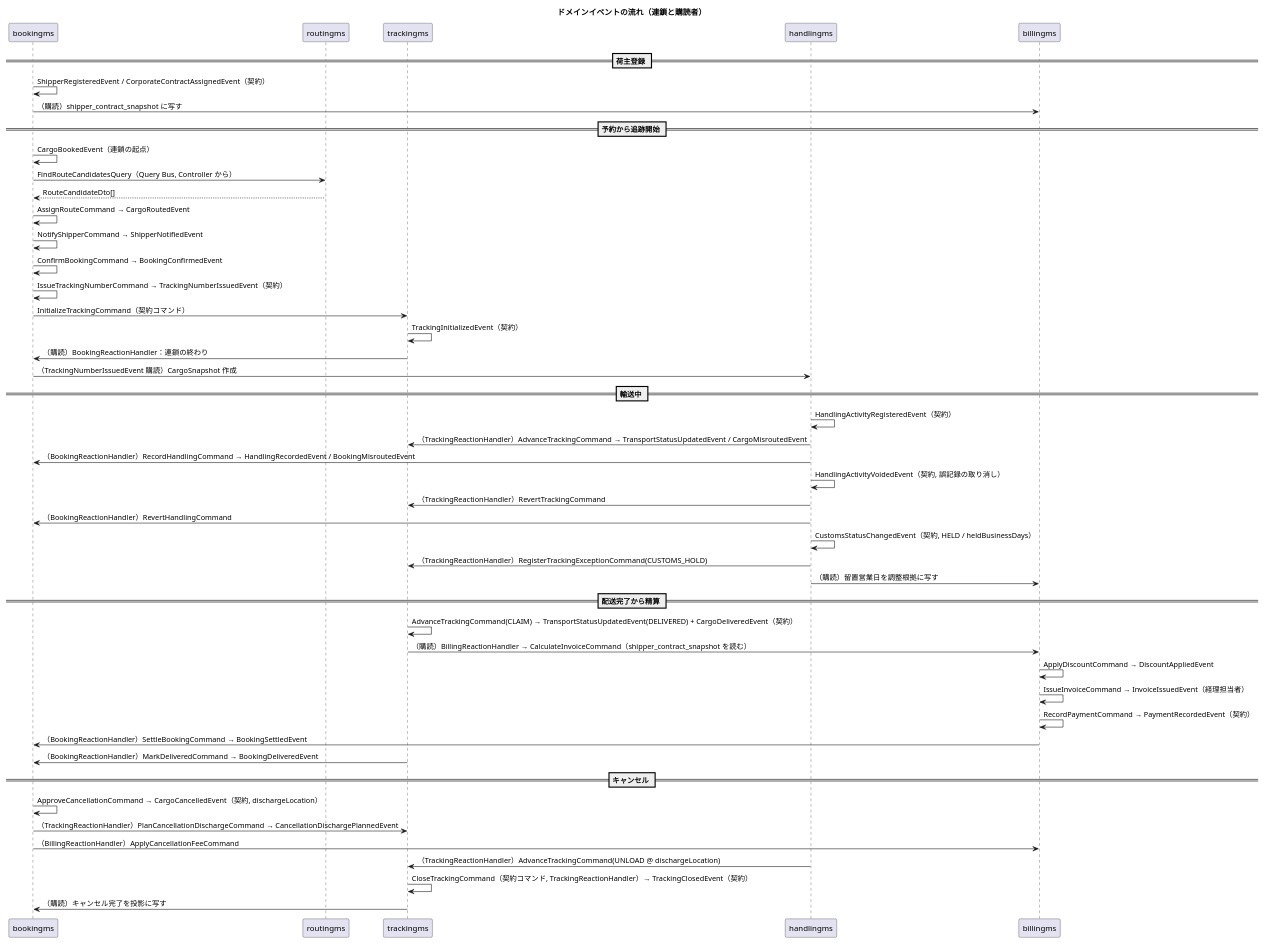
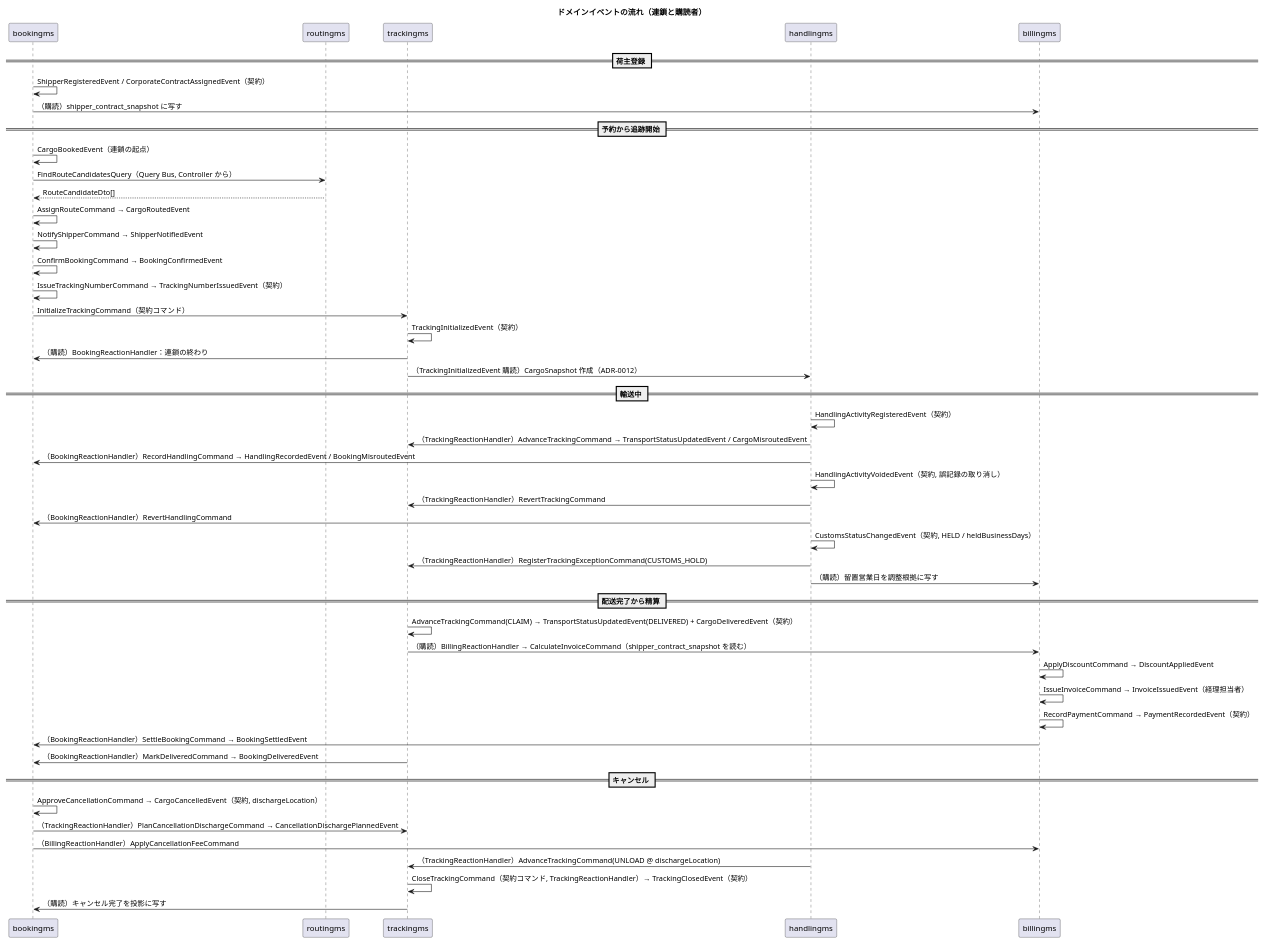
Diagram 12 of 13 in docs/design/cargo-tracker/domain-model.md (k2works/case-study-cargo-tracker), drawn with PlantUML before and after one commit. The commit also changed other lines of this file and 7 other files, not shown here.

````diff
--- a/docs/design/cargo-tracker/domain-model.md
+++ b/docs/design/cargo-tracker/domain-model.md
@@ -1256,56 +1256,56 @@
 ```plantuml
 @startuml
 title ドメインイベントの流れ（連鎖と購読者）
 
 participant "bookingms" as B
 participant "routingms" as R
 participant "trackingms" as T
 participant "handlingms" as H
 participant "billingms" as Bi
 
 == 荷主登録 ==
 B -> B : ShipperRegisteredEvent / CorporateContractAssignedEvent（契約）
 B -> Bi : （購読）shipper_contract_snapshot に写す
 
 == 予約から追跡開始 ==
 B -> B : CargoBookedEvent（連鎖の起点）
 B -> R : FindRouteCandidatesQuery（Query Bus, Controller から）
 R --> B : RouteCandidateDto[]
 B -> B : AssignRouteCommand → CargoRoutedEvent
 B -> B : NotifyShipperCommand → ShipperNotifiedEvent
 B -> B : ConfirmBookingCommand → BookingConfirmedEvent
 B -> B : IssueTrackingNumberCommand → TrackingNumberIssuedEvent（契約）
 B -> T : InitializeTrackingCommand（契約コマンド）
 T -> T : TrackingInitializedEvent（契約）
 T -> B : （購読）BookingReactionHandler：連鎖の終わり
-B -> H : （TrackingNumberIssuedEvent 購読）CargoSnapshot 作成
+T -> H : （TrackingInitializedEvent 購読）CargoSnapshot 作成（ADR-0012）
 
 == 輸送中 ==
 H -> H : HandlingActivityRegisteredEvent（契約）
 H -> T : （TrackingReactionHandler）AdvanceTrackingCommand → TransportStatusUpdatedEvent / CargoMisroutedEvent
 H -> B : （BookingReactionHandler）RecordHandlingCommand → HandlingRecordedEvent / BookingMisroutedEvent
 H -> H : HandlingActivityVoidedEvent（契約, 誤記録の取り消し）
 H -> T : （TrackingReactionHandler）RevertTrackingCommand
 H -> B : （BookingReactionHandler）RevertHandlingCommand
 H -> H : CustomsStatusChangedEvent（契約, HELD / heldBusinessDays）
 H -> T : （TrackingReactionHandler）RegisterTrackingExceptionCommand(CUSTOMS_HOLD)
 H -> Bi : （購読）留置営業日を調整根拠に写す
 
 == 配送完了から精算 ==
 T -> T : AdvanceTrackingCommand(CLAIM) → TransportStatusUpdatedEvent(DELIVERED) + CargoDeliveredEvent（契約）
 T -> Bi : （購読）BillingReactionHandler → CalculateInvoiceCommand（shipper_contract_snapshot を読む）
 Bi -> Bi : ApplyDiscountCommand → DiscountAppliedEvent
 Bi -> Bi : IssueInvoiceCommand → InvoiceIssuedEvent（経理担当者）
 Bi -> Bi : RecordPaymentCommand → PaymentRecordedEvent（契約）
 Bi -> B : （BookingReactionHandler）SettleBookingCommand → BookingSettledEvent
 T -> B : （BookingReactionHandler）MarkDeliveredCommand → BookingDeliveredEvent
 
 == キャンセル ==
 B -> B : ApproveCancellationCommand → CargoCancelledEvent（契約, dischargeLocation）
 B -> T : （TrackingReactionHandler）PlanCancellationDischargeCommand → CancellationDischargePlannedEvent
 B -> Bi : （BillingReactionHandler）ApplyCancellationFeeCommand
 H -> T : （TrackingReactionHandler）AdvanceTrackingCommand(UNLOAD @ dischargeLocation)
 T -> T : CloseTrackingCommand（契約コマンド, TrackingReactionHandler）→ TrackingClosedEvent（契約）
 T -> B : （購読）キャンセル完了を投影に写す
 @enduml
 ```
````
